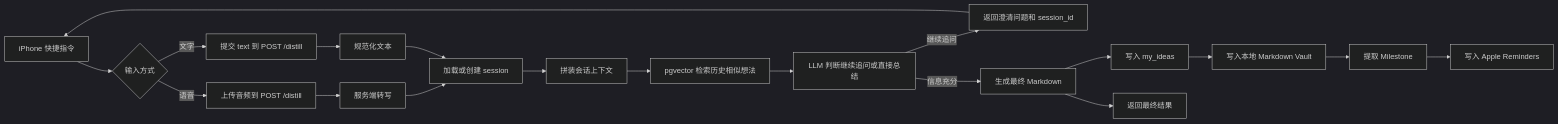
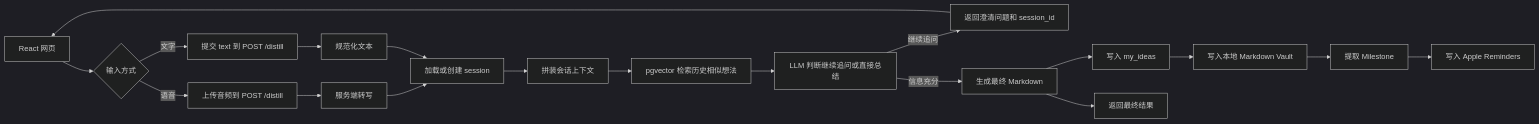
Before and after one commit to sadofriod/adhd-healing: the diagram in docs/PRD-MVP.md, drawn with Mermaid (dark theme). The commit also changed other lines of this file and 50 other files, not shown here.

````diff
--- a/docs/PRD-MVP.md
+++ b/docs/PRD-MVP.md
@@ -79,21 +79,21 @@
 ```mermaid
 flowchart LR
-        A[iPhone 快捷指令] --> B{输入方式}
+    A[React 网页] --> B{输入方式}
         B -->|语音| C[上传音频到 POST /distill]
         B -->|文字| D[提交 text 到 POST /distill]
         C --> E[服务端转写]
         D --> F[规范化文本]
         E --> G[加载或创建 session]
         F --> G
         G --> H[拼装会话上下文]
         H --> I[pgvector 检索历史相似想法]
         I --> J[LLM 判断继续追问或直接总结]
         J -->|继续追问| K[返回澄清问题和 session_id]
         K --> A
         J -->|信息充分| L[生成最终 Markdown]
         L --> M[写入 my_ideas]
         M --> N[写入本地 Markdown Vault]
         N --> O[提取 Milestone]
         O --> P[写入 Apple Reminders]
         L --> Q[返回最终结果]
 ```
````
